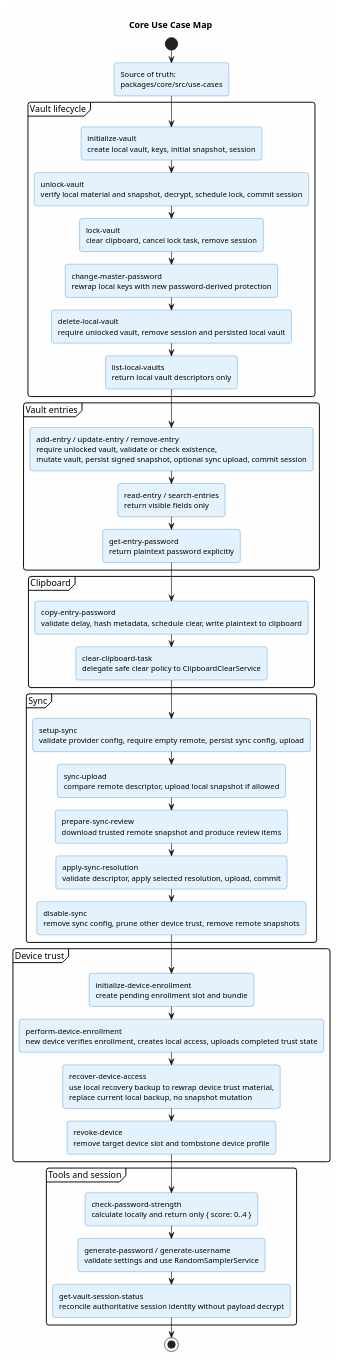
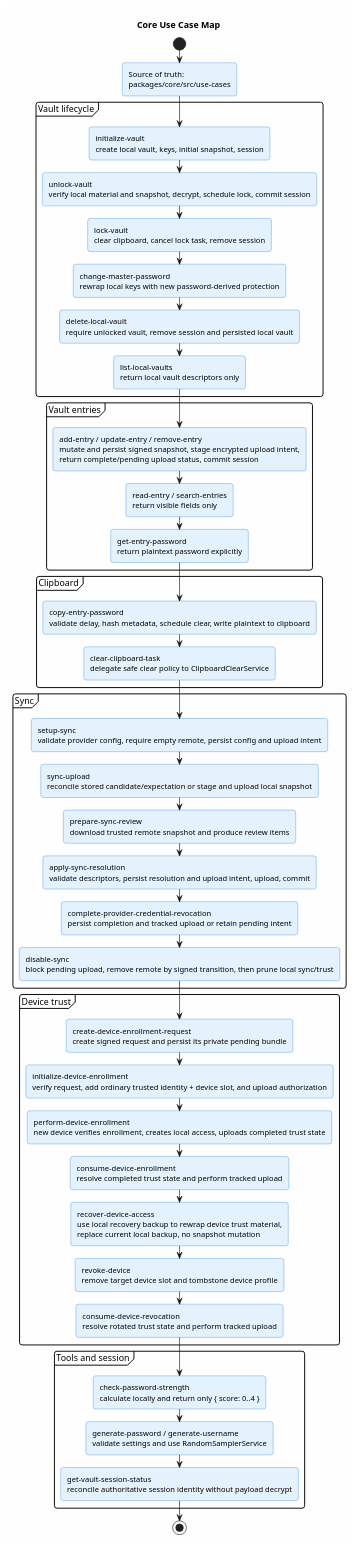
Before and after one commit to ArionStudio/engr-serverless-pm: the diagram in docs/v1/use-case/use-case-map.activity.puml, drawn with PlantUML. The commit also changed 88 other files, not shown here.

Commit message:
feat: secure multi-device vault sync

```diff
--- a/docs/v1/use-case/use-case-map.activity.puml
+++ b/docs/v1/use-case/use-case-map.activity.puml
@@ -1,57 +1,61 @@
 @startuml core-use-case-map
 title Core Use Case Map
 
 skinparam backgroundColor #FEFEFE
 skinparam roundcorner 8
 skinparam shadowing false
 skinparam activity {
   BackgroundColor #E3F2FD
   BorderColor #1976D2
 }
 
 start
 :Source of truth:\npackages/core/src/use-cases;
 
 partition "Vault lifecycle" {
   :initialize-vault\ncreate local vault, keys, initial snapshot, session;
   :unlock-vault\nverify local material and snapshot, decrypt, schedule lock, commit session;
   :lock-vault\nclear clipboard, cancel lock task, remove session;
   :change-master-password\nrewrap local keys with new password-derived protection;
   :delete-local-vault\nrequire unlocked vault, remove session and persisted local vault;
   :list-local-vaults\nreturn local vault descriptors only;
 }
 
 partition "Vault entries" {
-  :add-entry / update-entry / remove-entry\nrequire unlocked vault, validate or check existence,\nmutate vault, persist signed snapshot, optional sync upload, commit session;
+  :add-entry / update-entry / remove-entry\nmutate and persist signed snapshot, stage encrypted upload intent,\nreturn complete/pending upload status, commit session;
   :read-entry / search-entries\nreturn visible fields only;
   :get-entry-password\nreturn plaintext password explicitly;
 }
 
 partition "Clipboard" {
   :copy-entry-password\nvalidate delay, hash metadata, schedule clear, write plaintext to clipboard;
   :clear-clipboard-task\ndelegate safe clear policy to ClipboardClearService;
 }
 
 partition "Sync" {
-  :setup-sync\nvalidate provider config, require empty remote, persist sync config, upload;
-  :sync-upload\ncompare remote descriptor, upload local snapshot if allowed;
+  :setup-sync\nvalidate provider config, require empty remote, persist config and upload intent;
+  :sync-upload\nreconcile stored candidate/expectation or stage and upload local snapshot;
   :prepare-sync-review\ndownload trusted remote snapshot and produce review items;
-  :apply-sync-resolution\nvalidate descriptor, apply selected resolution, upload, commit;
-  :disable-sync\nremove sync config, prune other device trust, remove remote snapshots;
+  :apply-sync-resolution\nvalidate descriptors, persist resolution and upload intent, upload, commit;
+  :complete-provider-credential-revocation\npersist completion and tracked upload or retain pending intent;
+  :disable-sync\nblock pending upload, remove remote by signed transition, then prune local sync/trust;
 }
 
 partition "Device trust" {
-  :initialize-device-enrollment\ncreate pending enrollment slot and bundle;
+  :create-device-enrollment-request\ncreate signed request and persist its private pending bundle;
+  :initialize-device-enrollment\nverify request, add ordinary trusted identity + device slot, and upload authorization;
   :perform-device-enrollment\nnew device verifies enrollment, creates local access, uploads completed trust state;
+  :consume-device-enrollment\nresolve completed trust state and perform tracked upload;
   :recover-device-access\nuse local recovery backup to rewrap device trust material,\nreplace current local backup, no snapshot mutation;
   :revoke-device\nremove target device slot and tombstone device profile;
+  :consume-device-revocation\nresolve rotated trust state and perform tracked upload;
 }
 
 partition "Tools and session" {
   :check-password-strength\ncalculate locally and return only { score: 0..4 };
   :generate-password / generate-username\nvalidate settings and use RandomSamplerService;
   :get-vault-session-status\nreconcile authoritative session identity without payload decrypt;
 }
 
 stop
 @enduml
```
